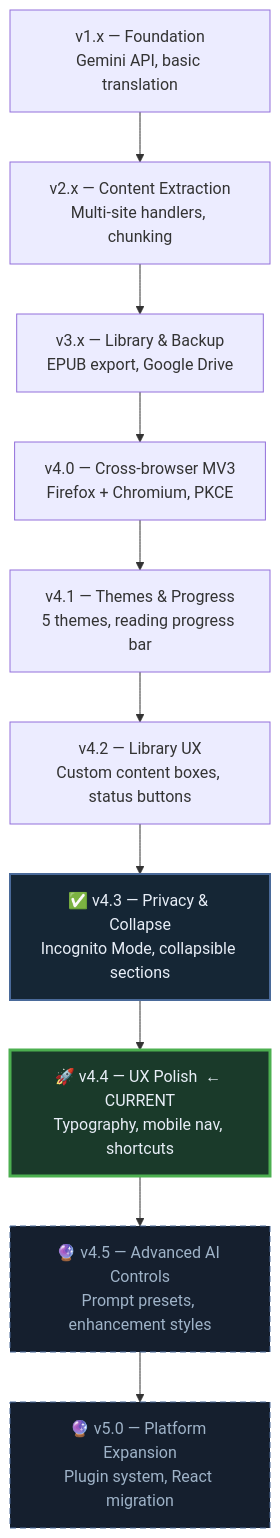
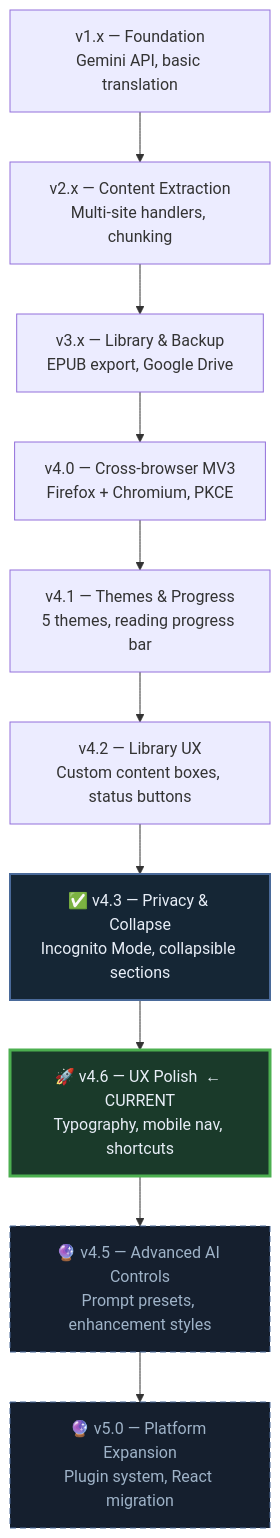
One commit to Life-Experimentalist/RanobeGemini changed the diagram in docs/overview/Roadmap.md. Above: the diagram before and after it, drawn with Mermaid. The commit also changed other lines of this file and 41 other files, not shown here.

````diff
--- a/docs/overview/Roadmap.md
+++ b/docs/overview/Roadmap.md
@@ -9,20 +9,20 @@
 ```mermaid
 graph TD
     v1["v1.x — Foundation\nGemini API, basic translation"]
     v2["v2.x — Content Extraction\nMulti-site handlers, chunking"]
     v3["v3.x — Library & Backup\nEPUB export, Google Drive"]
     v40["v4.0 — Cross-browser MV3\nFirefox + Chromium, PKCE"]
     v41["v4.1 — Themes & Progress\n5 themes, reading progress bar"]
     v42["v4.2 — Library UX\nCustom content boxes, status buttons"]
     v43["✅ v4.3 — Privacy & Collapse\nIncognito Mode, collapsible sections"]
-    v44["🚀 v4.4 — UX Polish  ← CURRENT\nTypography, mobile nav, shortcuts"]
+    v44["🚀 v4.6 — UX Polish  ← CURRENT\nTypography, mobile nav, shortcuts"]
     v45["🔮 v4.5 — Advanced AI Controls\nPrompt presets, enhancement styles"]
     v50["🔮 v5.0 — Platform Expansion\nPlugin system, React migration"]
 
     v1 --> v2 --> v3 --> v40 --> v41 --> v42 --> v43 --> v44 --> v45 --> v50
 
     style v43 fill:#152635,stroke:#4a6a9a,stroke-width:2px,color:#e8eef7
     style v44 fill:#1a3a2a,stroke:#4caf50,stroke-width:3px,color:#e8eef7
     style v45 fill:#151f2e,stroke:#4a6a9a,stroke-dasharray:6 4,color:#9fb3c8
     style v50 fill:#151f2e,stroke:#4a6a9a,stroke-dasharray:6 4,color:#9fb3c8
 ```
````
